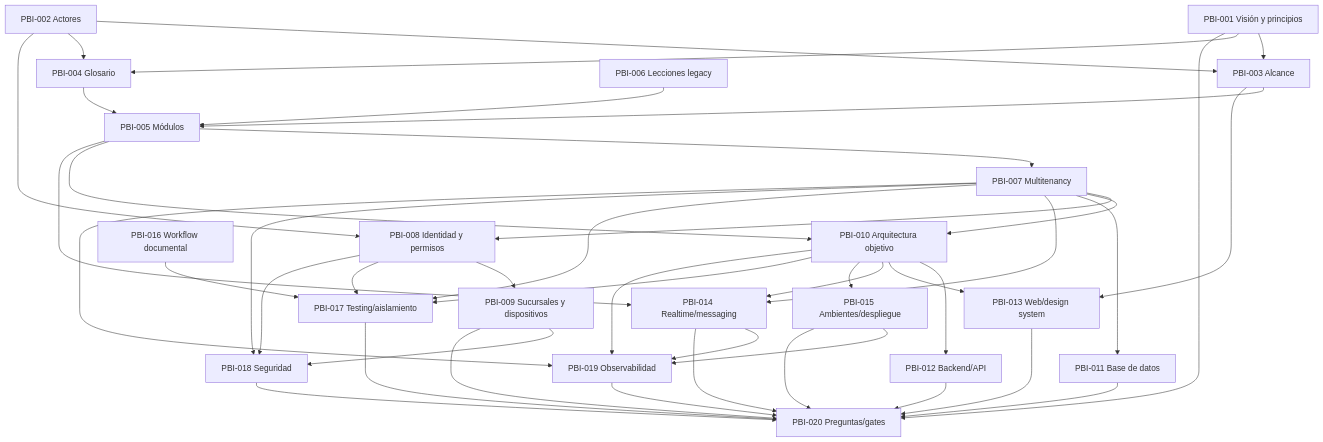
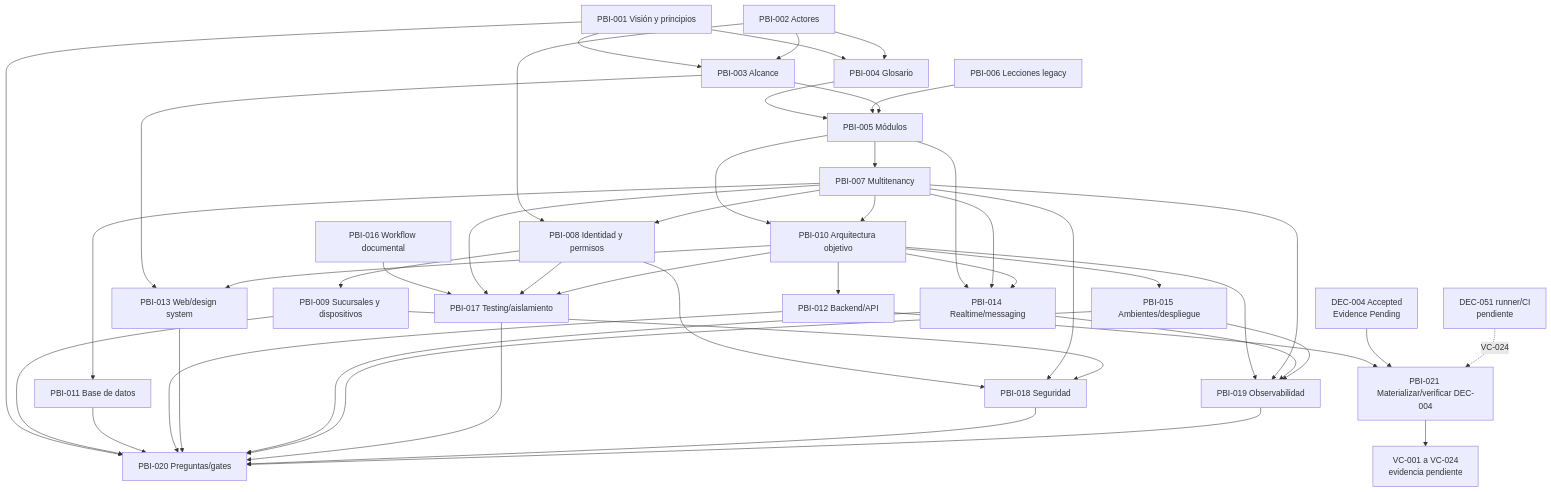
One commit to luisgtzaviles/SrTaller-2.0 changed the diagram in docs/backlog/DEPENDENCY_MAP.md. Above: the diagram before and after it, drawn with Mermaid. The commit also changed other lines of this file and 70 other files, not shown here.

````diff
--- a/docs/backlog/DEPENDENCY_MAP.md
+++ b/docs/backlog/DEPENDENCY_MAP.md
@@ -7,45 +7,49 @@
 ```mermaid
 flowchart TD
     V[PBI-001 Visión y principios] --> S[PBI-003 Alcance]
     A[PBI-002 Actores] --> S
     V --> G[PBI-004 Glosario]
     A --> G
     G --> M[PBI-005 Módulos]
     L[PBI-006 Lecciones legacy] --> M
     S --> M
     M --> MT[PBI-007 Multitenancy]
     A --> IAM[PBI-008 Identidad y permisos]
     MT --> IAM
     IAM --> BD[PBI-009 Sucursales y dispositivos]
     M --> APP[PBI-010 Arquitectura objetivo]
     MT --> APP
     MT --> DB[PBI-011 Base de datos]
     APP --> API[PBI-012 Backend/API]
     S --> WEB[PBI-013 Web/design system]
     APP --> WEB
     M --> RT[PBI-014 Realtime/messaging]
     MT --> RT
     APP --> RT
     APP --> DEP[PBI-015 Ambientes/despliegue]
     WF[PBI-016 Workflow documental] --> Q[PBI-017 Testing/aislamiento]
     MT --> Q
     IAM --> Q
     APP --> Q
     IAM --> SEC[PBI-018 Seguridad]
     MT --> SEC
     BD --> SEC
     APP --> OBS[PBI-019 Observabilidad]
     MT --> OBS
     RT --> OBS
     DEP --> OBS
     V --> GATE[PBI-020 Preguntas/gates]
     BD --> GATE
     DB --> GATE
     API --> GATE
     WEB --> GATE
     RT --> GATE
     DEP --> GATE
     Q --> GATE
     SEC --> GATE
     OBS --> GATE
+    API --> TOOL[PBI-021 Materializar/verificar DEC-004]
+    DEC004[DEC-004 Accepted<br/>Evidence Pending] --> TOOL
+    DEC051[DEC-051 runner/CI<br/>pendiente] -. VC-024 .-> TOOL
+    TOOL --> VC[VC-001 a VC-024<br/>evidencia pendiente]
 ```
````
